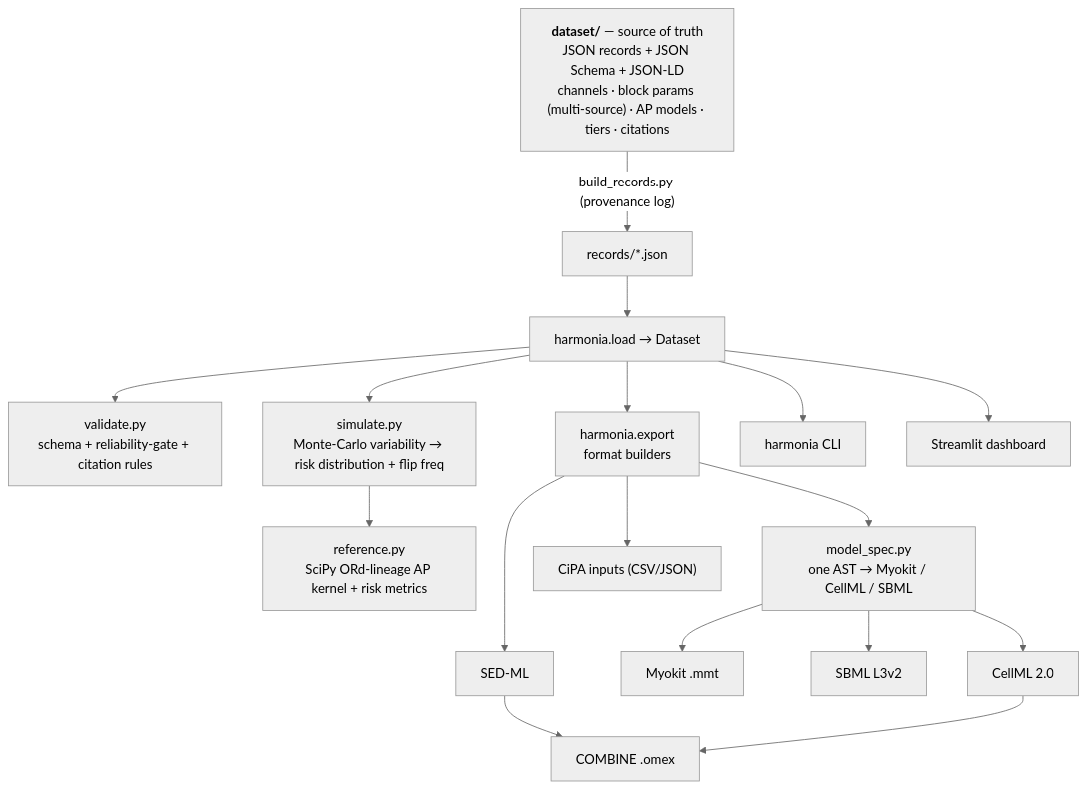
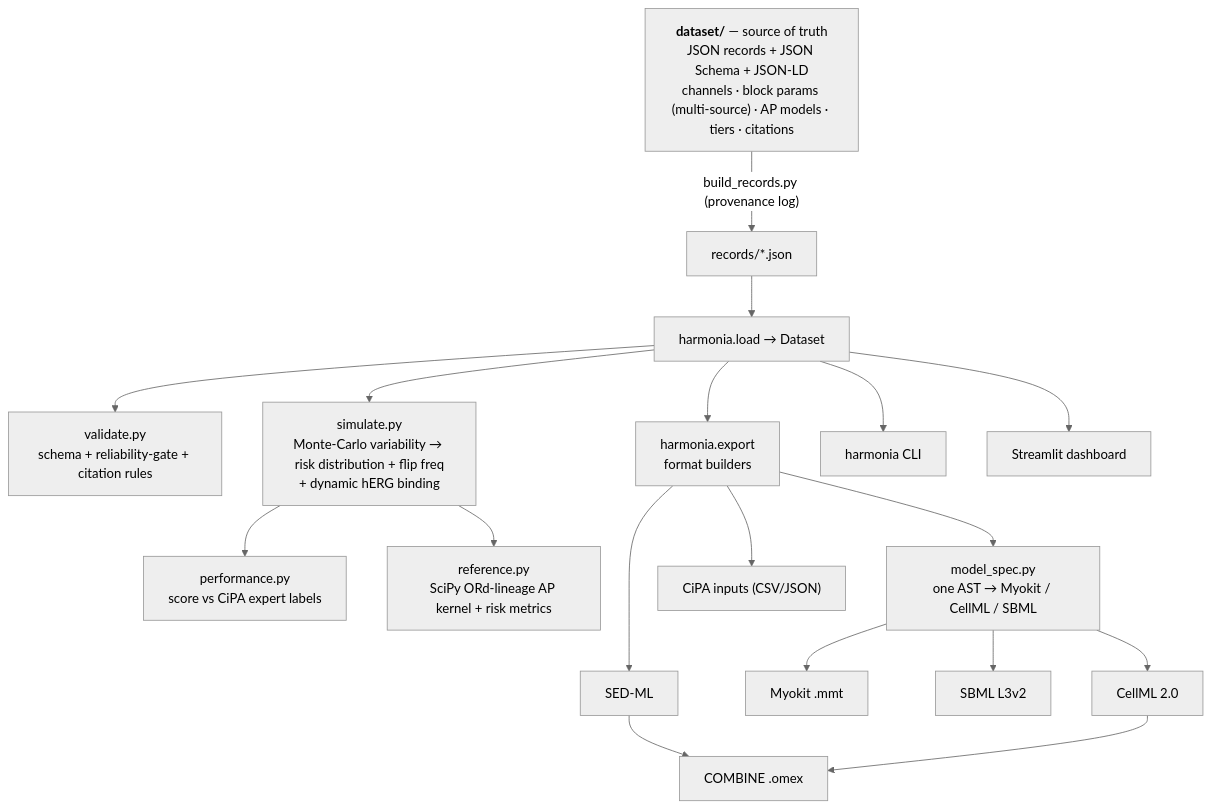
Before and after one commit to clay-good/harmonia: the diagram in README.md, drawn with Mermaid (neutral theme). The commit also changed other lines of this file and 82 other files, not shown here.

First line of the commit message:
Phase B: dynamic hERG binding, the 16 CiPA validation drugs, recorded performance

````diff
--- a/README.md
+++ b/README.md
@@ -115,19 +121,20 @@
 ```mermaid
 flowchart TD
     DS["<b>dataset/</b> — source of truth<br/>JSON records + JSON Schema + JSON-LD<br/>channels · block params (multi-source) · AP models · tiers · citations"]
     DS -->|"build_records.py (provenance log)"| REC["records/*.json"]
     REC --> LOAD["harmonia.load → Dataset"]
     LOAD --> VAL["validate.py<br/>schema + reliability-gate + citation rules"]
-    LOAD --> SIM["simulate.py<br/>Monte-Carlo variability → risk distribution + flip freq"]
+    LOAD --> SIM["simulate.py<br/>Monte-Carlo variability → risk distribution + flip freq<br/>+ dynamic hERG binding"]
     LOAD --> EXP["harmonia.export<br/>format builders"]
+    SIM --> PERF["performance.py<br/>score vs CiPA expert labels"]
     SIM --> REF["reference.py<br/>SciPy ORd-lineage AP kernel + risk metrics"]
     EXP --> SPEC["model_spec.py<br/>one AST → Myokit / CellML / SBML"]
     SPEC --> CELLML["CellML 2.0"]
     SPEC --> MYOKIT["Myokit .mmt"]
     SPEC --> SBML["SBML L3v2"]
     EXP --> CIPA["CiPA inputs (CSV/JSON)"]
     EXP --> SEDML["SED-ML"] --> OMEX["COMBINE .omex"]
     CELLML --> OMEX
     LOAD --> CLI["harmonia CLI"]
     LOAD --> DASH["Streamlit dashboard"]
 ```
````
